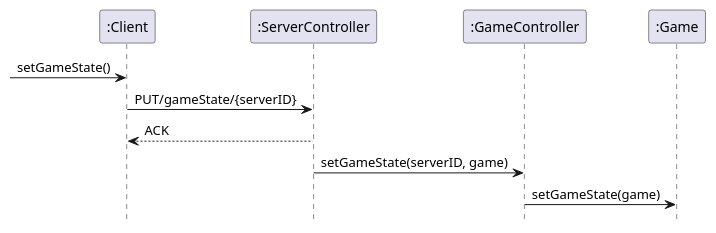
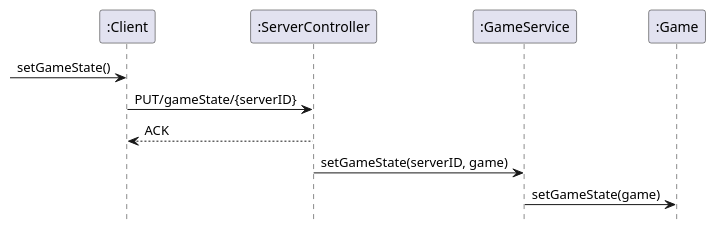
The diagram in diagrams/Server SSD's/Update_Game.puml (MikaelFangel/RoboRally), drawn with PlantUML before and after one commit. The commit also changed 4 other files, not shown here.

```diff
--- a/diagrams/Server SSD's/Update_Game.puml
+++ b/diagrams/Server SSD's/Update_Game.puml
@@ -1,17 +1,17 @@
 @startuml
 'https://plantuml.com/sequence-diagram
 
 hide footbox
 
 Participant ":Client" as client
 Participant ":ServerController" as server
-Participant ":GameController" as gameController
+Participant ":GameService" as gameService
 participant ":Game" as game
 
 -> client : setGameState()
 client -> server : PUT/gameState/{serverID}
 client <-- server : ACK
-server -> gameController : setGameState(serverID, game)
-gameController -> game : setGameState(game)
+server -> gameService : setGameState(serverID, game)
+gameService -> game : setGameState(game)
 
 @enduml
```
